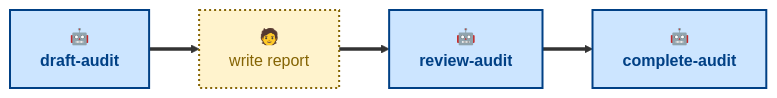
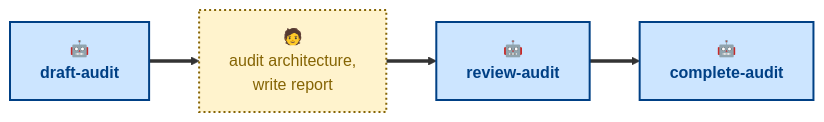
One commit to kieranpotts/audits changed the diagram in .agents/skills/README.md. Above: the diagram before and after it, drawn with Mermaid. The commit also changed other lines of this file and 3 other files, not shown here.

````diff
--- a/.agents/skills/README.md
+++ b/.agents/skills/README.md
@@ -22,15 +20,15 @@
 ```mermaid
 flowchart LR
   draft["🤖<br/><b>draft-audit</b>"]:::agentic
-  write["🧑<br/>write report"]:::anthropic
+  write["🧑<br/>audit architecture,<br/>write report"]:::anthropic
   review["🤖<br/><b>review-audit</b>"]:::agentic
   complete["🤖<br/><b>complete-audit</b>"]:::agentic
 
   draft ==> write
   write ==> review
   review ==> complete
 
   classDef agentic fill:#cce5ff,stroke:#004085,color:#004085,stroke-width:2px
   classDef scripted fill:#e2e3e5,stroke:#4b5157,color:#383d41,stroke-width:2px
   classDef anthropic fill:#fff3cd,stroke:#856404,color:#856404,stroke-width:2px,stroke-dasharray:2 3
 ```
````
